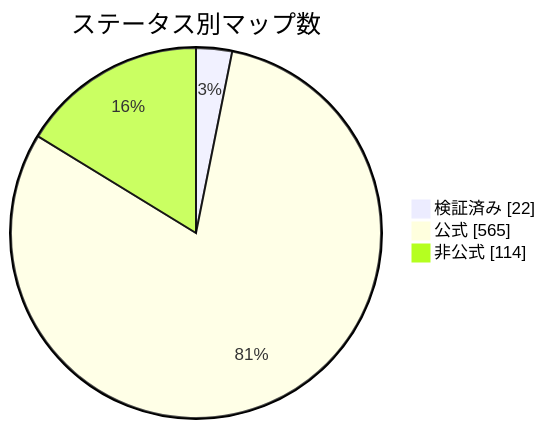
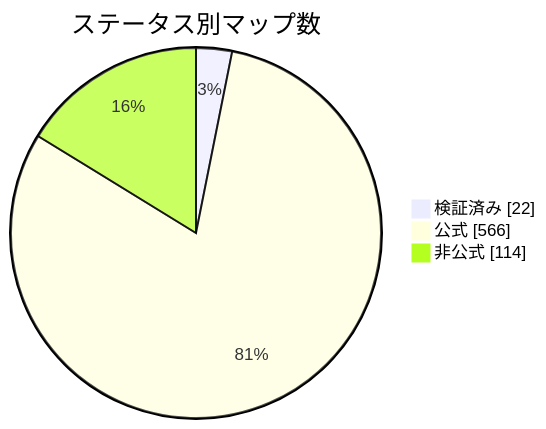
The diagram in docs/readme/README_JP.md (nobrega8/mbmap-library), drawn with Mermaid before and after one commit. The commit also changed 6 other files, not shown here.

````diff
--- a/docs/readme/README_JP.md
+++ b/docs/readme/README_JP.md
@@ -54,7 +54,7 @@
 ```mermaid
 pie showData
     title ステータス別マップ数
     "検証済み" : 22
-    "公式" : 565
+    "公式" : 566
     "非公式" : 114
 ```
````
